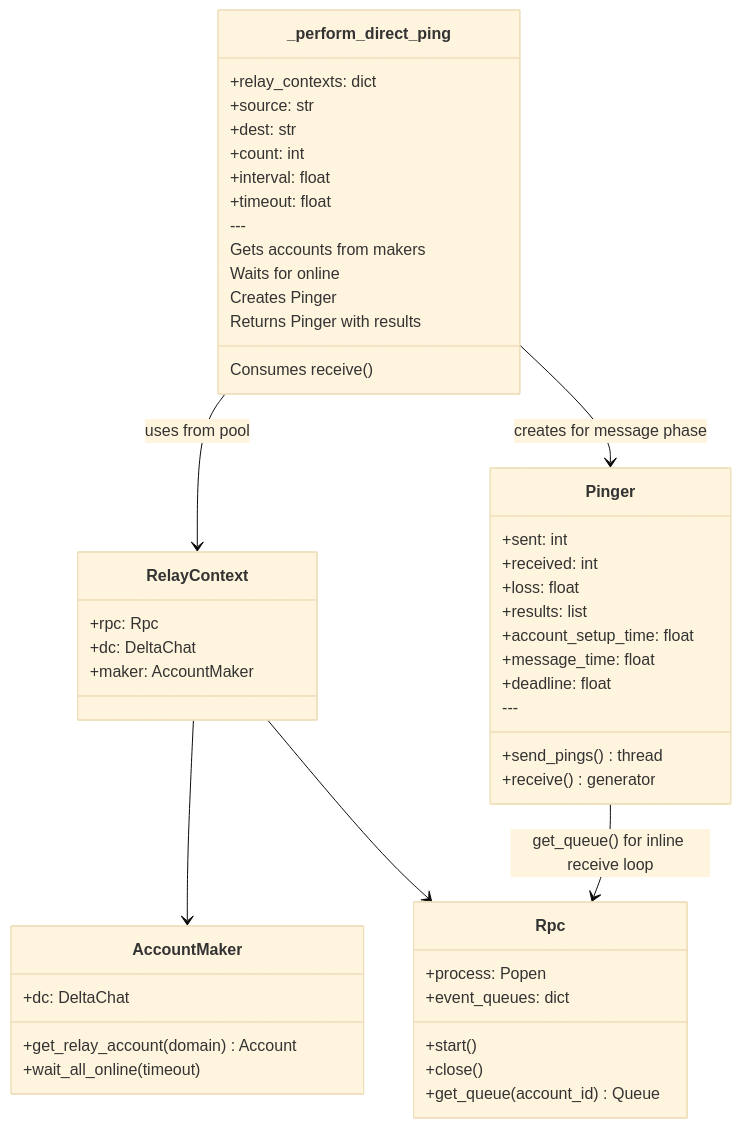
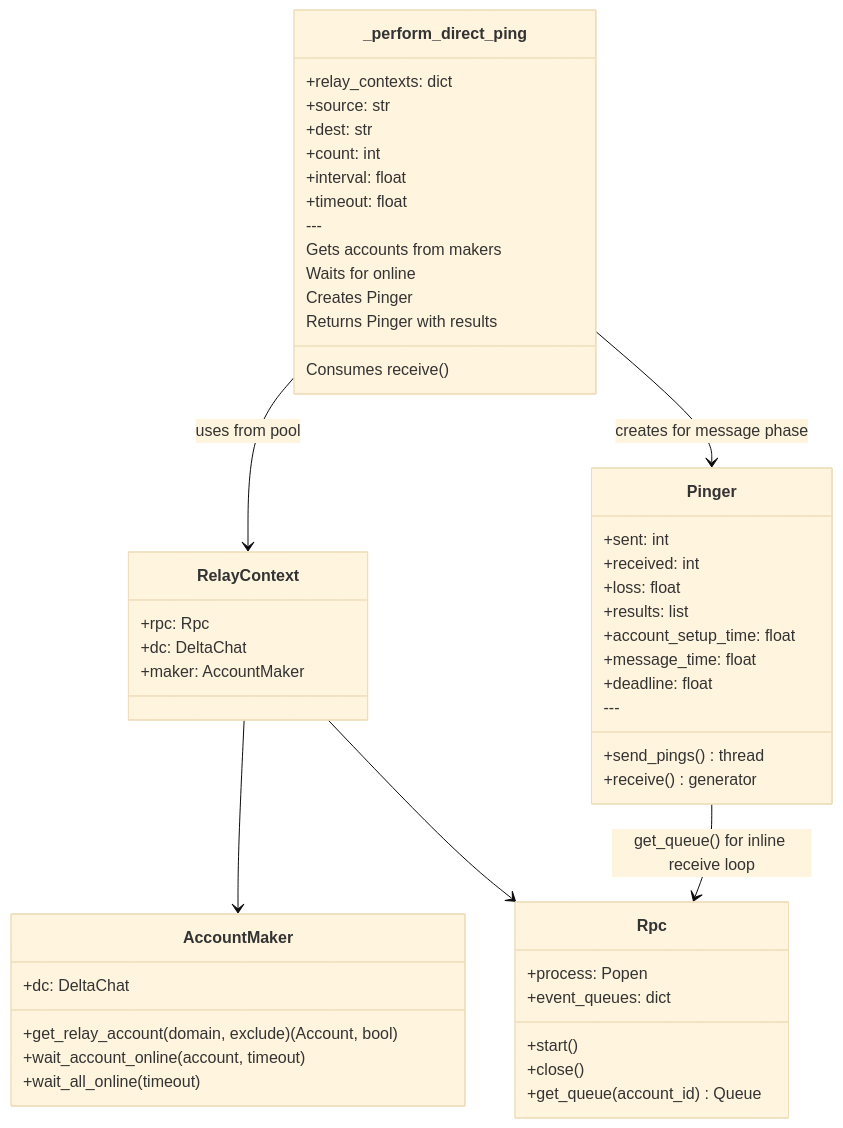
Before and after one commit to j4n/chatmail-prober: the eighth of 9 diagrams in TECHNICAL.md, drawn with Mermaid (base theme). The commit also changed other lines of this file and 1 other file, not shown here.

First line of the commit message:
Update docs for per-worker RelayPool model and account reuse

````diff
--- a/TECHNICAL.md
+++ b/TECHNICAL.md
@@ -482,56 +504,57 @@
 ```mermaid
 classDiagram
     class _perform_direct_ping {
         +relay_contexts: dict
         +source: str
         +dest: str
         +count: int
         +interval: float
         +timeout: float
         ---
         Gets accounts from makers
         Waits for online
         Creates Pinger
         Consumes receive()
         Returns Pinger with results
     }
 
     class RelayContext {
         +rpc: Rpc
         +dc: DeltaChat
         +maker: AccountMaker
     }
 
     class AccountMaker {
         +dc: DeltaChat
-        +get_relay_account(domain) Account
+        +get_relay_account(domain, exclude) (Account, bool)
+        +wait_account_online(account, timeout)
         +wait_all_online(timeout)
     }
 
     class Pinger {
         +sent: int
         +received: int
         +loss: float
         +results: list
         +account_setup_time: float
         +message_time: float
         +deadline: float
         ---
         +send_pings() thread
         +receive() generator
     }
 
     class Rpc {
         +process: Popen
         +event_queues: dict
         +start()
         +close()
         +get_queue(account_id) Queue
     }
 
     _perform_direct_ping --> RelayContext : uses from pool
     RelayContext --> AccountMaker
     RelayContext --> Rpc
     _perform_direct_ping --> Pinger : creates for message phase
     Pinger --> Rpc : get_queue() for inline receive loop
 ```
````
